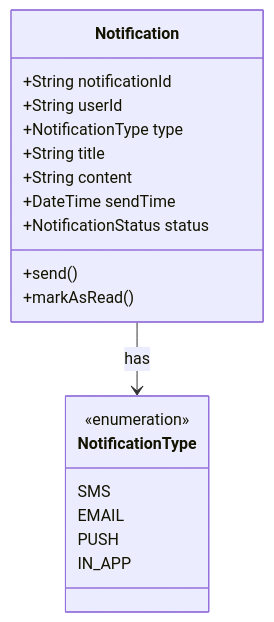
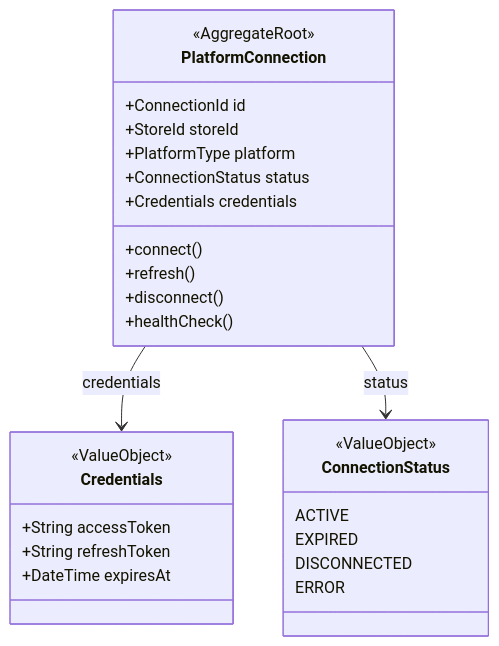
One commit to partme-ai/full-stack-skills changed the sixth of 8 diagrams in skills/document-skills/full-stack-doc/templates/root/7、领域模型设计.md. Above: the diagram before and after it, drawn with Mermaid. The commit also changed other lines of this file and 14 other files, not shown here.

````diff
--- a/skills/document-skills/full-stack-doc/templates/root/7、领域模型设计.md
+++ b/skills/document-skills/full-stack-doc/templates/root/7、领域模型设计.md
@@ -428,24 +259,33 @@
 ```mermaid
 classDiagram
-    class Notification {
-        +String notificationId
-        +String userId
-        +NotificationType type
-        +String title
-        +String content
-        +DateTime sendTime
-        +NotificationStatus status
-        +send()
-        +markAsRead()
+    class PlatformConnection {
+        <<AggregateRoot>>
+        +ConnectionId id
+        +StoreId storeId
+        +PlatformType platform
+        +ConnectionStatus status
+        +Credentials credentials
+        +connect()
+        +refresh()
+        +disconnect()
+        +healthCheck()
     }
-    
-    class NotificationType {
-        <<enumeration>>
-        SMS
-        EMAIL
-        PUSH
-        IN_APP
+
+    class Credentials {
+        <<ValueObject>>
+        +String accessToken
+        +String refreshToken
+        +DateTime expiresAt
     }
-    
-    Notification --> NotificationType : has
+
+    class ConnectionStatus {
+        <<ValueObject>>
+        ACTIVE
+        EXPIRED
+        DISCONNECTED
+        ERROR
+    }
+
+    PlatformConnection --> Credentials : credentials
+    PlatformConnection --> ConnectionStatus : status
 ```
````
